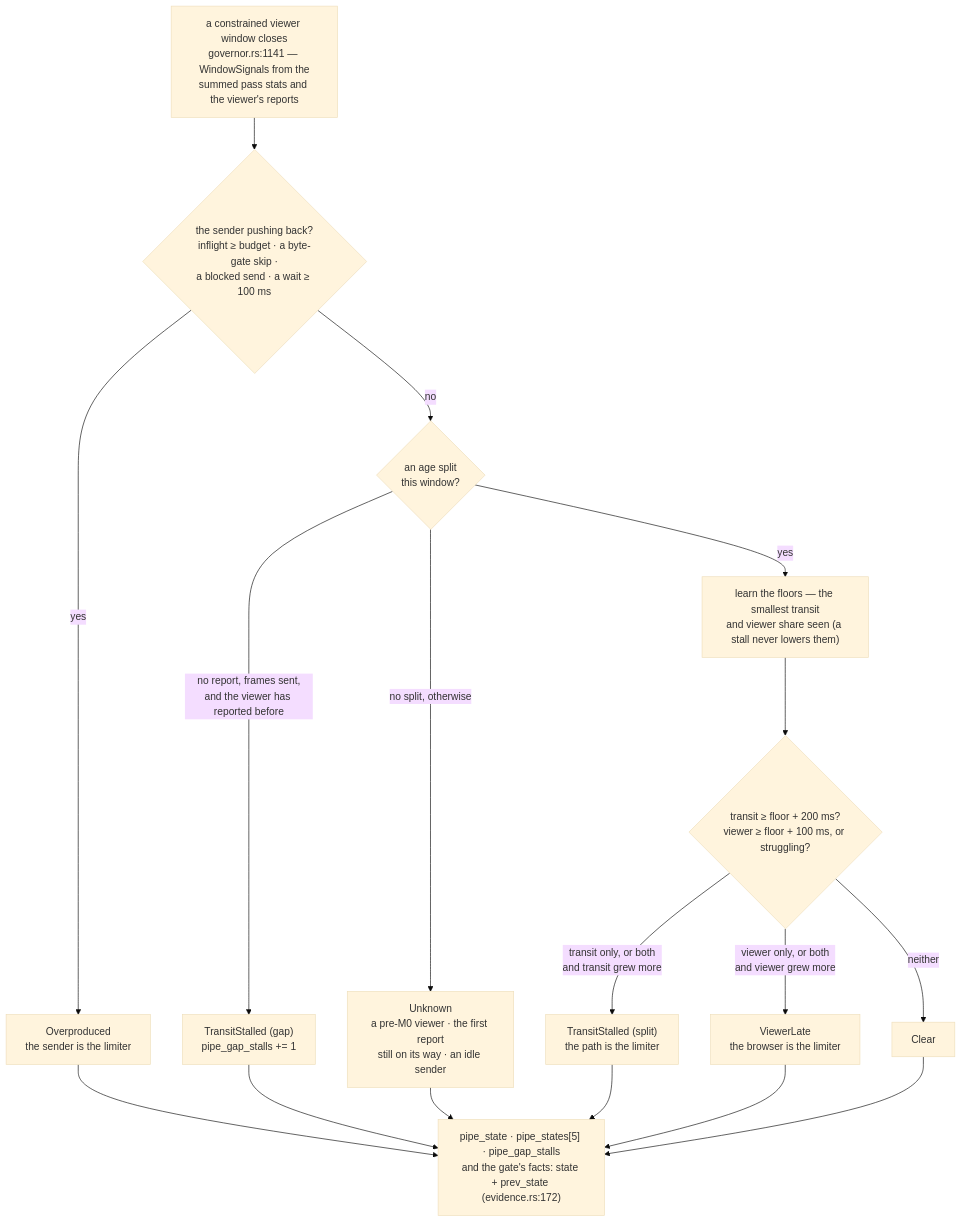
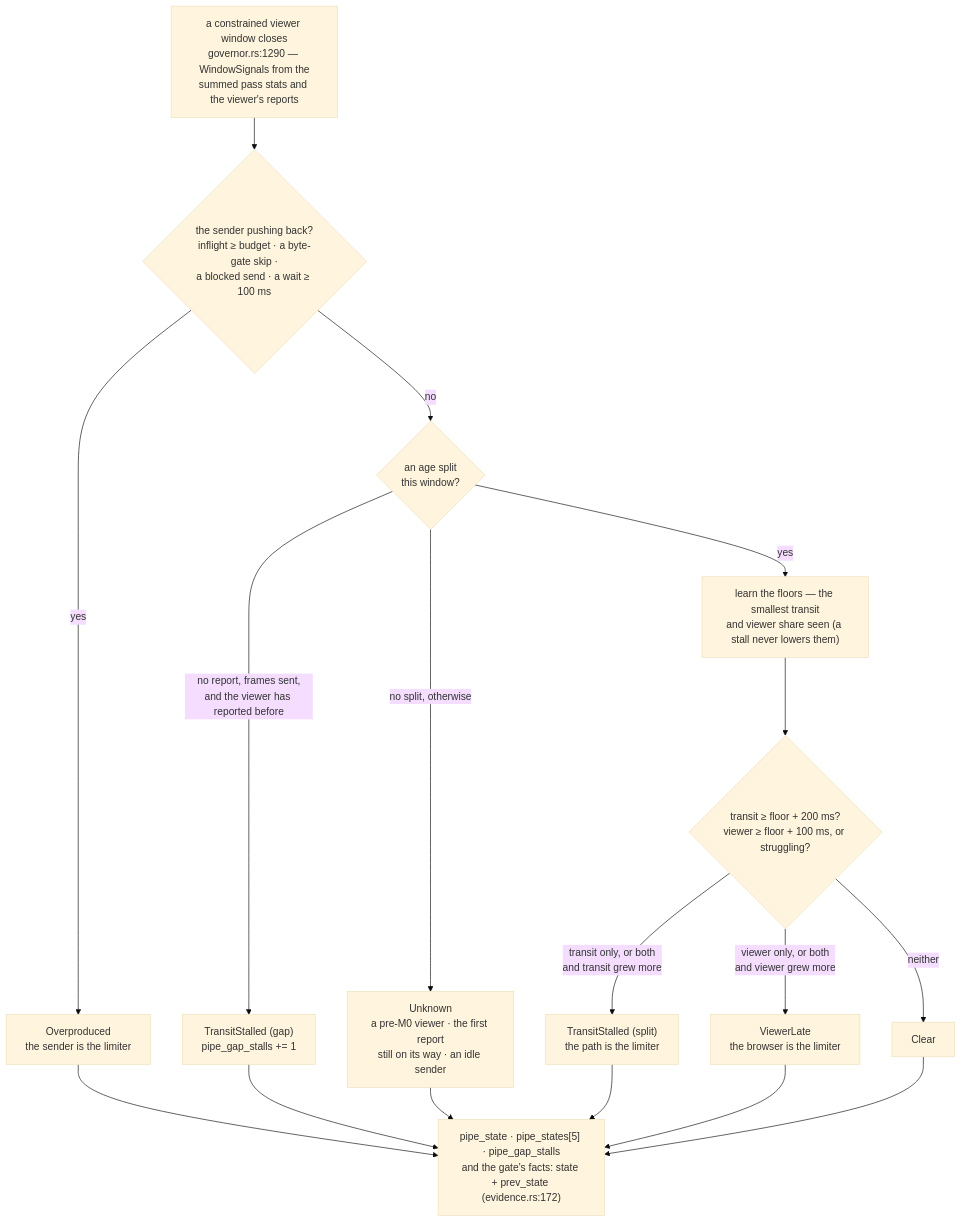
One commit to gjovanov/roomler-ai changed the second of 11 diagrams in docs/rate-control.md. Above: the diagram before and after it, drawn with Mermaid (base theme). The commit also changed other lines of this file and 43 other files, not shown here.

````diff
--- a/docs/rate-control.md
+++ b/docs/rate-control.md
@@ -139,14 +139,14 @@
 ```mermaid
 flowchart TB
-    W["a constrained viewer window closes<br/>governor.rs:1141 — WindowSignals from the<br/>summed pass stats and the viewer's reports"] --> O{"the sender pushing back?<br/>inflight ≥ budget · a byte-gate skip ·<br/>a blocked send · a wait ≥ 100 ms"}
+    W["a constrained viewer window closes<br/>governor.rs:1290 — WindowSignals from the<br/>summed pass stats and the viewer's reports"] --> O{"the sender pushing back?<br/>inflight ≥ budget · a byte-gate skip ·<br/>a blocked send · a wait ≥ 100 ms"}
     O -- yes --> OP["Overproduced<br/>the sender is the limiter"]
     O -- no --> SP{"an age split<br/>this window?"}
     SP -- "no report, frames sent,<br/>and the viewer has reported before" --> GAP["TransitStalled (gap)<br/>pipe_gap_stalls += 1"]
     SP -- "no split, otherwise" --> UNK["Unknown<br/>a pre-M0 viewer · the first report<br/>still on its way · an idle sender"]
     SP -- yes --> FL["learn the floors — the smallest transit<br/>and viewer share seen (a stall never lowers them)"]
     FL --> X{"transit ≥ floor + 200 ms?<br/>viewer ≥ floor + 100 ms, or struggling?"}
     X -- "transit only, or both<br/>and transit grew more" --> TS["TransitStalled (split)<br/>the path is the limiter"]
     X -- "viewer only, or both<br/>and viewer grew more" --> VL["ViewerLate<br/>the browser is the limiter"]
     X -- neither --> CL["Clear"]
     OP & GAP & UNK & TS & VL & CL --> HB["pipe_state · pipe_states[5] · pipe_gap_stalls<br/>and the gate's facts: state + prev_state (evidence.rs:172)"]
 ```
````
